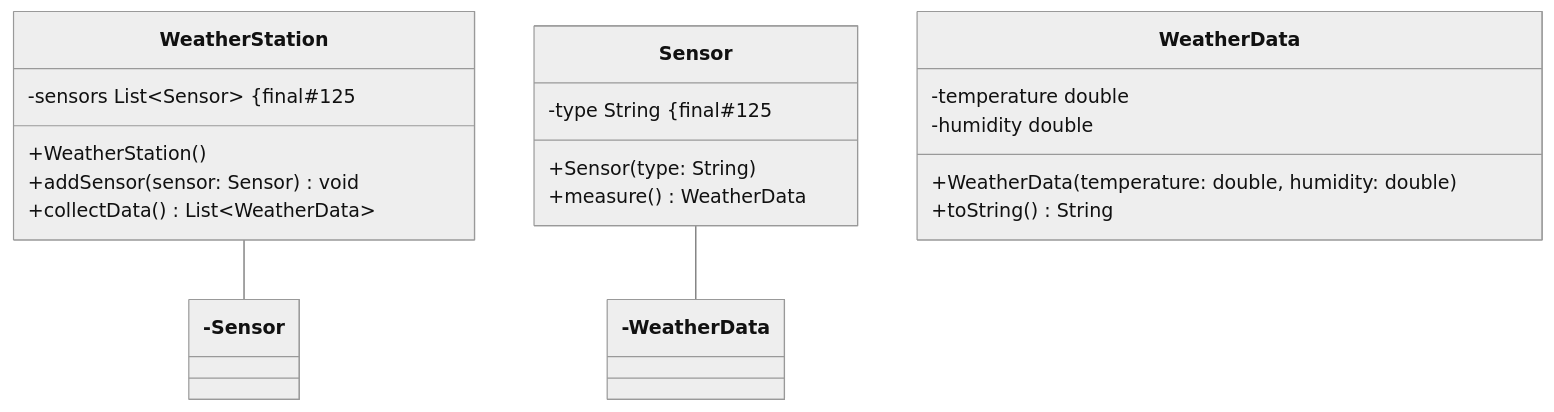
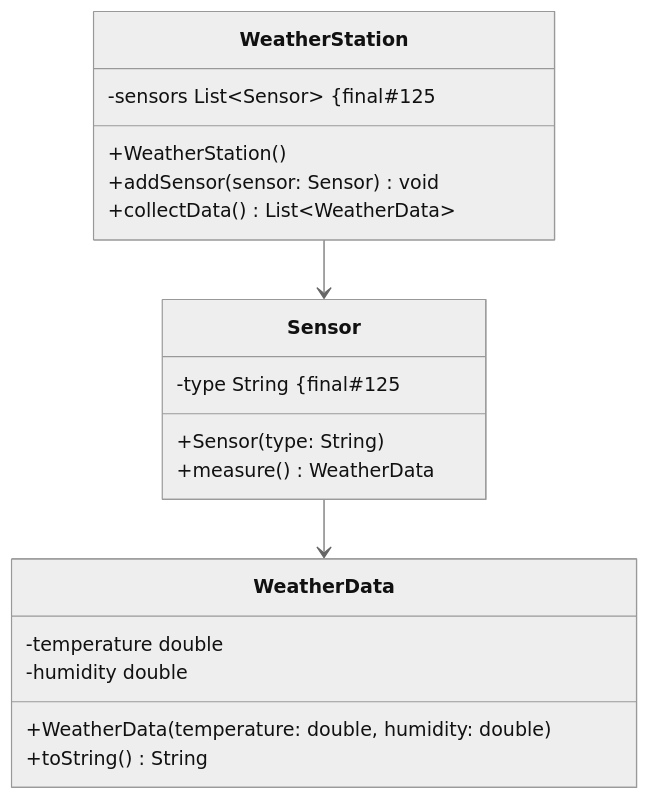
One commit to wielandjan/java_helloWorld_1 changed the fourth of 4 diagrams in scr/exercises/Programmieren1/SampleExam/ReadMe.md. Above: the diagram before and after it, drawn with Mermaid (neutral theme). The commit also changed other lines of this file, not shown here.

Commit message:
modified:   scr/exercises/Programmieren1/SampleExam/ReadMe.md

````diff
--- a/scr/exercises/Programmieren1/SampleExam/ReadMe.md
+++ b/scr/exercises/Programmieren1/SampleExam/ReadMe.md
@@ -166,25 +166,25 @@
 ```mermaid
 classDiagram
     class WeatherStation {
         -sensors List~Sensor~ #123;final#125
         +WeatherStation()
         +addSensor(sensor: Sensor) void
         +collectData() List~WeatherData~
     }
 
     class Sensor {
         -type String #123;final#125
         +Sensor(type: String)
         +measure() WeatherData
     }
 
     class WeatherData {
         -temperature double
         -humidity double
         +WeatherData(temperature: double, humidity: double)
         +toString() String
     }
 
-    WeatherStation --- Sensor
-    Sensor --- WeatherData
+    WeatherStation --> Sensor
+    Sensor --> WeatherData
 ```
````
